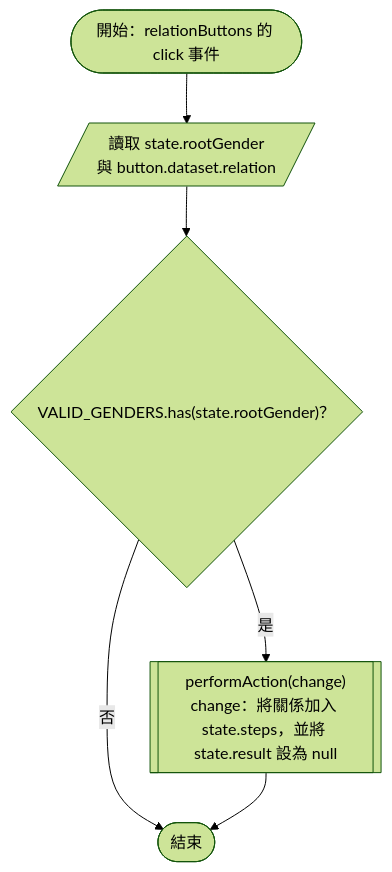
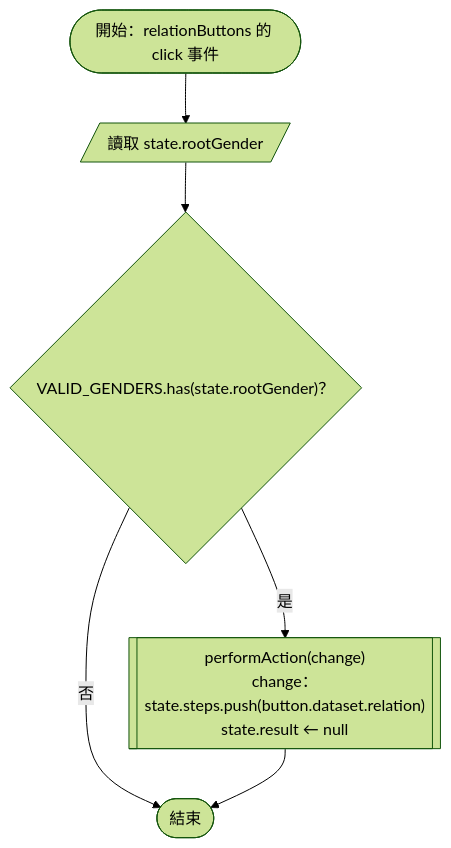
Before and after one commit to Chuen666666/hw3: the first of 29 diagrams in README.md, drawn with Mermaid (forest theme). The commit also changed other lines of this file, not shown here.

Commit message:
修正流程圖執行順序與狀態複製

````diff
--- a/README.md
+++ b/README.md
@@ -9,8 +9,8 @@
 ```mermaid
 flowchart TD
-    START(["開始：relationButtons 的 click 事件"]) --> READ[/"讀取 state.rootGender<br/>與 button.dataset.relation"/]
+    START(["開始：relationButtons 的 click 事件"]) --> READ[/"讀取 state.rootGender"/]
     READ --> VALID{"VALID_GENDERS.has(state.rootGender)？"}
     VALID -- "否" --> END(["結束"])
-    VALID -- "是" --> ACTION[["performAction(change)<br/>change：將關係加入 state.steps，並將 state.result 設為 null"]]
+    VALID -- "是" --> ACTION[["performAction(change)<br/>change：state.steps.push(button.dataset.relation)<br/>state.result ← null"]]
     ACTION --> END
 ```
````
